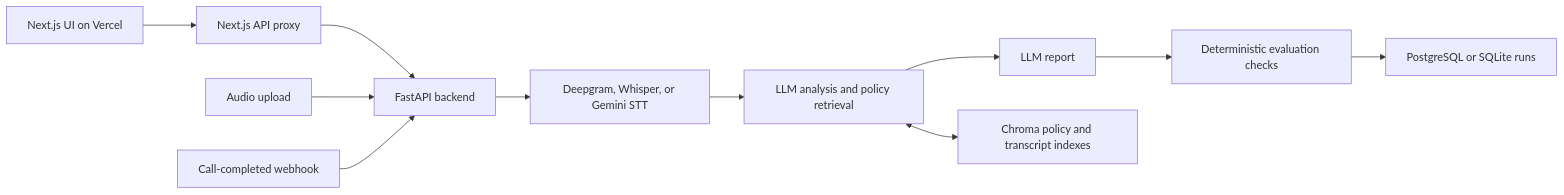
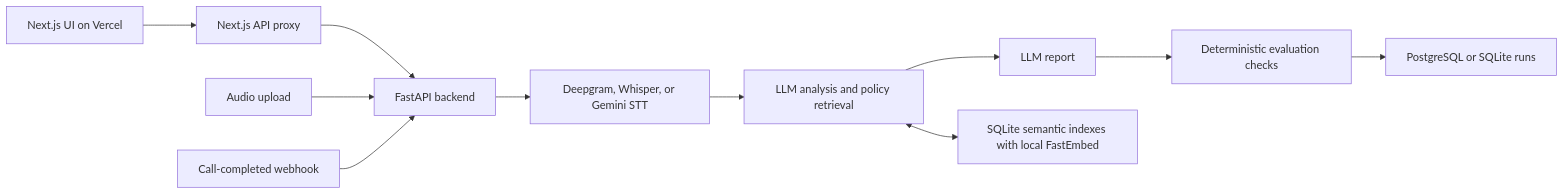
Before and after one commit to ShivamChavan01/voiceScope: the diagram in README.md, drawn with Mermaid. The commit also changed other lines of this file and 63 other files, not shown here.

````diff
--- a/README.md
+++ b/README.md
@@ -11,13 +11,13 @@
 ```mermaid
 flowchart LR
     UI[Next.js UI on Vercel] --> Proxy[Next.js API proxy]
     Proxy --> API[FastAPI backend]
     Audio[Audio upload] --> API
     Hook[Call-completed webhook] --> API
     API --> STT[Deepgram, Whisper, or Gemini STT]
     STT --> Analysis[LLM analysis and policy retrieval]
     Analysis --> Report[LLM report]
     Report --> Checks[Deterministic evaluation checks]
     Checks --> Runs[PostgreSQL or SQLite runs]
-    Analysis <--> Chroma[Chroma policy and transcript indexes]
+    Analysis <--> Semantic[SQLite semantic indexes with local FastEmbed]
 ```
````
